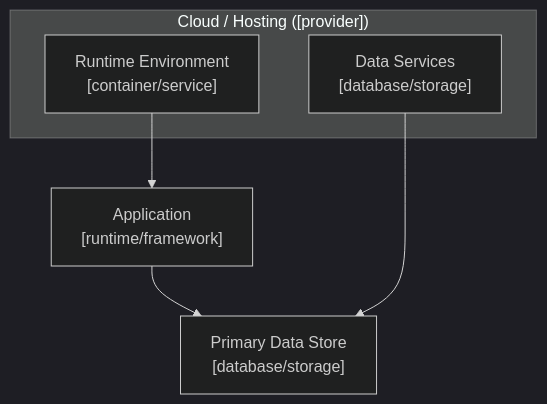
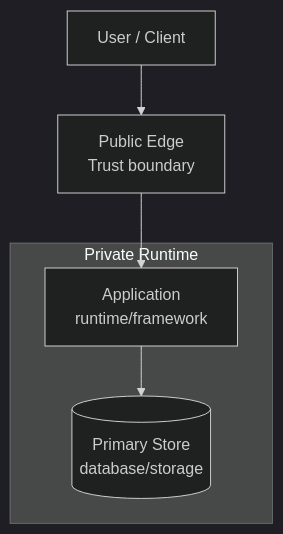
One commit to attilaszasz/sdd-pilot changed the fourth of 4 diagrams in .github/skills/system-design/assets/sad-template.md. Above: the diagram before and after it, drawn with Mermaid (dark theme). The commit also changed other lines of this file and 19 other files, not shown here.

````diff
--- a/.github/skills/system-design/assets/sad-template.md
+++ b/.github/skills/system-design/assets/sad-template.md
@@ -100,10 +113,10 @@
 ```mermaid
 flowchart TB
-    subgraph Cloud["Cloud / Hosting ([provider])"]
-        Runtime["Runtime Environment<br>[container/service]"]
-        Data["Data Services<br>[database/storage]"]
+    User["User / Client"] --> Edge["Public Edge<br>Trust boundary"]
+    subgraph Private["Private Runtime"]
+        App["Application<br>runtime/framework"]
+        Data[("Primary Store<br>database/storage")]
+        App --> Data
     end
-    App["Application<br>[runtime/framework]"] --> DataStore["Primary Data Store<br>[database/storage]"]
-    Runtime --> App
-    Data --> DataStore
+    Edge --> App
 ```
````
